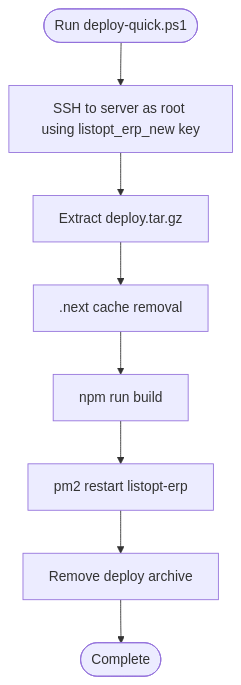
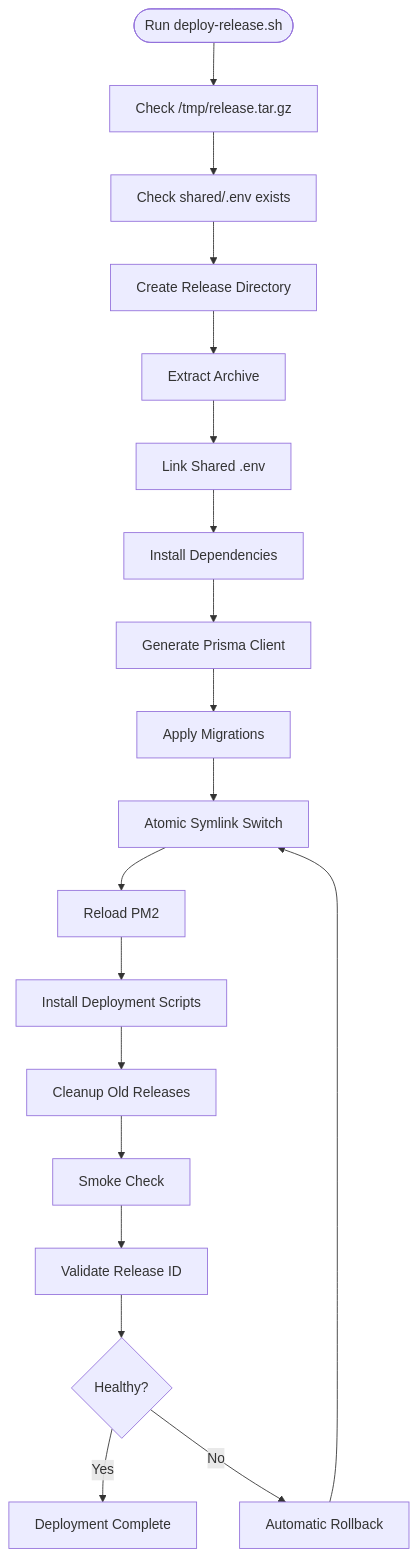
Before and after one commit to nzey11/erp-new: the eighth of 9 diagrams in .qoder/repowiki/en/content/Deployment & Operations.md, drawn with Mermaid. The commit also changed other lines of this file and 46 other files, not shown here.

````diff
--- a/.qoder/repowiki/en/content/Deployment & Operations.md
+++ b/.qoder/repowiki/en/content/Deployment & Operations.md
@@ -338,10 +487,21 @@
 ```mermaid
 flowchart TD
-QStart(["Run deploy-quick.ps1"]) --> SSH["SSH to server as root using listopt_erp_new key"]
-SSH --> Extract["Extract deploy.tar.gz"]
-Extract --> Clean[".next cache removal"]
-Clean --> Build["npm run build"]
-Build --> PM2Restart["pm2 restart listopt-erp"]
-PM2Restart --> Cleanup["Remove deploy archive"]
-Cleanup --> Done(["Complete"])
+QStart(["Run deploy-release.sh"]) --> CheckArchive["Check /tmp/release.tar.gz"]
+CheckArchive --> CheckEnv["Check shared/.env exists"]
+CheckEnv --> CreateDir["Create Release Directory"]
+CreateDir --> Extract["Extract Archive"]
+Extract --> LinkEnv["Link Shared .env"]
+LinkEnv --> InstallDeps["Install Dependencies"]
+InstallDeps --> PrismaGen["Generate Prisma Client"]
+PrismaGen --> Migrate["Apply Migrations"]
+Migrate --> AtomicSwitch["Atomic Symlink Switch"]
+AtomicSwitch --> ReloadPM2["Reload PM2"]
+ReloadPM2 --> InstallScripts["Install Deployment Scripts"]
+InstallScripts --> CleanupOld["Cleanup Old Releases"]
+CleanupOld --> SmokeCheck["Smoke Check"]
+SmokeCheck --> ValidateRelease["Validate Release ID"]
+ValidateRelease --> Success{"Healthy?"}
+Success --> |Yes| Complete["Deployment Complete"]
+Success --> |No| Rollback["Automatic Rollback"]
+Rollback --> AtomicSwitch
 ```
````
